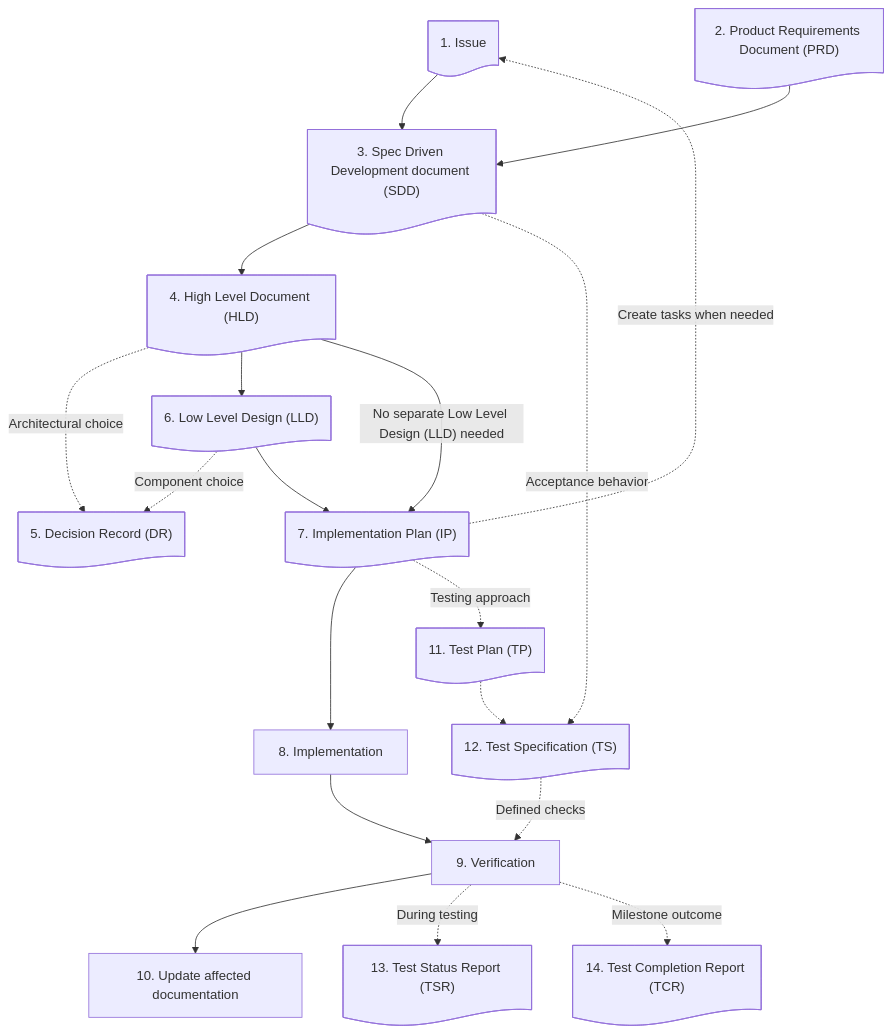
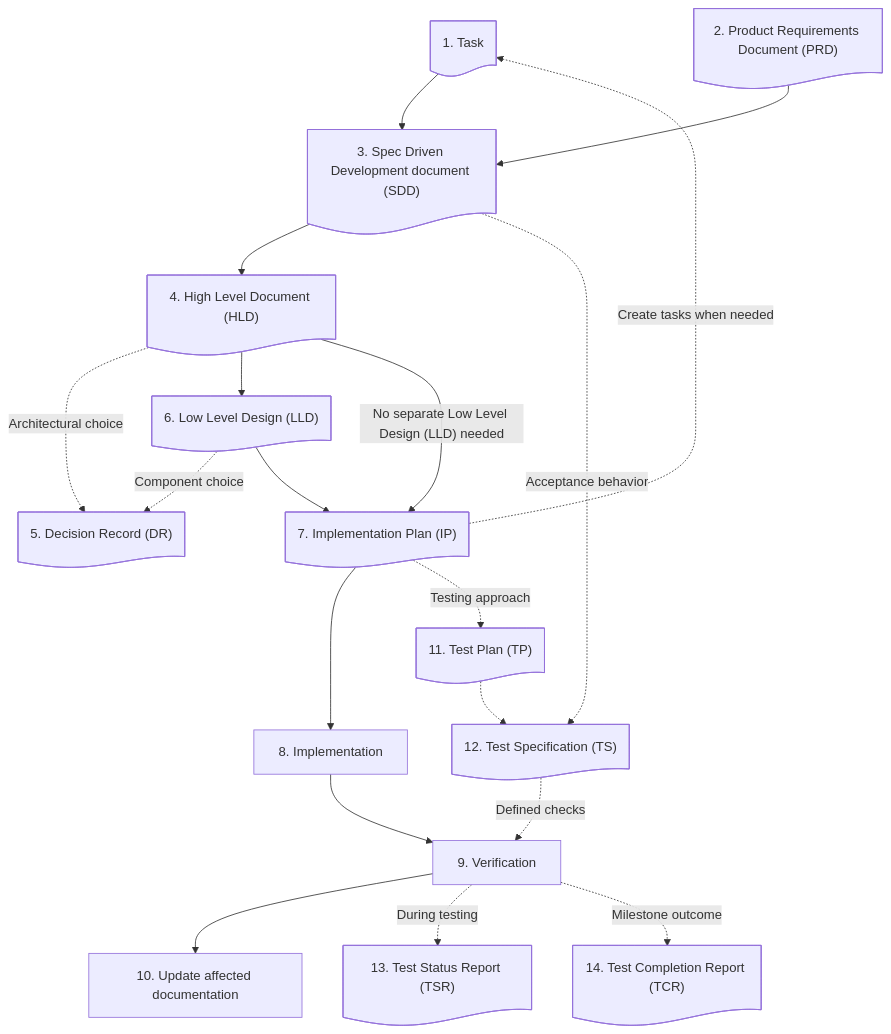
One commit to fatonsopa/ai-technical-writer changed the diagram in examples/diagrams/documentation_workflow.mmd. Above: the diagram before and after it, drawn with Mermaid. The commit also changed 57 other files, not shown here.

Commit message:
Rename the Issue document to Task and publish the document flows

```diff
--- a/examples/diagrams/documentation_workflow.mmd
+++ b/examples/diagrams/documentation_workflow.mmd
@@ -1,27 +1,27 @@
 %% Diagram: Flowchart
 %% View: reference
 %% Subtitle: Requirements, design, delivery and testing documents and their relationships.
 flowchart TD
     accTitle: Development documentation workflow
-    accDescr: Work may start with an issue or specification. Design and planning lead to implementation, verification, and documentation updates. Decision Record (DR) entries and test documents support those activities as needed.
-    WI@{ shape: doc, label: "1. Issue" } --> SDD@{ shape: doc, label: "3. Spec Driven Development document (SDD)" }
+    accDescr: Work may start with a task or specification. Design and planning lead to implementation, verification, and documentation updates. Decision Record (DR) entries and test documents support those activities as needed.
+    WI@{ shape: doc, label: "1. Task" } --> SDD@{ shape: doc, label: "3. Spec Driven Development document (SDD)" }
     PRD@{ shape: doc, label: "2. Product Requirements Document (PRD)" } --> SDD
     SDD --> HLD@{ shape: doc, label: "4. High Level Document (HLD)" }
     HLD -. "Architectural choice" .-> DR@{ shape: doc, label: "5. Decision Record (DR)" }
     HLD --> LLD@{ shape: doc, label: "6. Low Level Design (LLD)" }
     HLD -->|"No separate Low Level Design (LLD) needed"| IP@{ shape: doc, label: "7. Implementation Plan (IP)" }
     LLD -. "Component choice" .-> DR
     LLD --> IP
     IP -. "Create tasks when needed" .-> WI
     IP --> CODE["8. Implementation"]
     CODE --> VERIFY["9. Verification"]
     VERIFY --> UPDATE["10. Update affected documentation"]
     IP -. "Testing approach" .-> TP@{ shape: doc, label: "11. Test Plan (TP)" }
     SDD -. "Acceptance behavior" .-> TS@{ shape: doc, label: "12. Test Specification (TS)" }
     TP -.-> TS
     TS -. "Defined checks" .-> VERIFY
     VERIFY -. "During testing" .-> TSR@{ shape: doc, label: "13. Test Status Report (TSR)" }
     VERIFY -. "Milestone outcome" .-> TCR@{ shape: doc, label: "14. Test Completion Report (TCR)" }
 
 class WI,PRD,SDD,HLD,LLD,DR,IP,TP,TS,TSR,TCR document
 class CODE,VERIFY,UPDATE process
```
